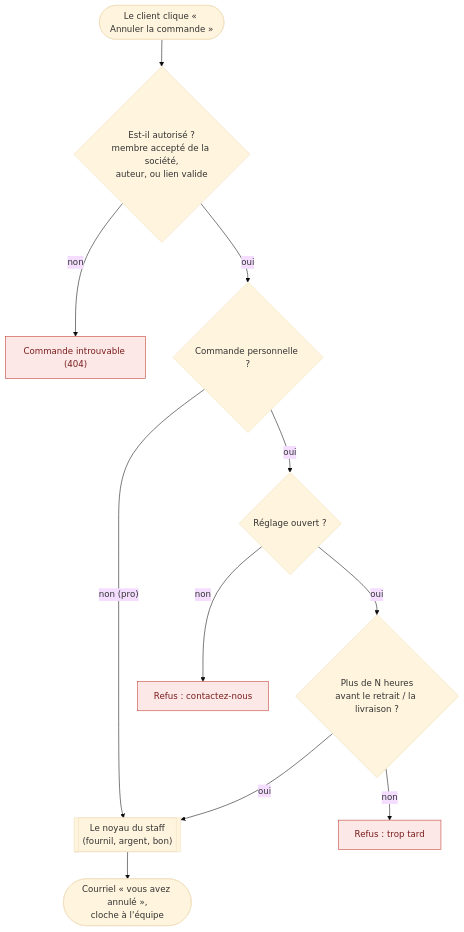
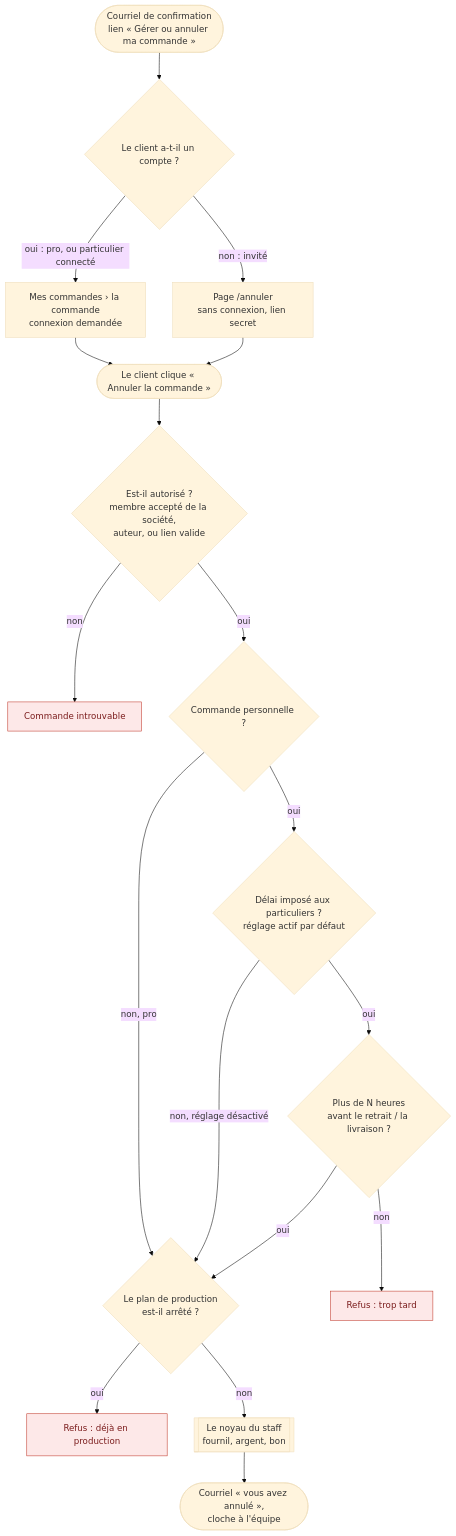
Before and after one commit to hugoheynard/lfd: the diagram in documentation/commandes/annulation/annulation-par-le-client.md, drawn with Mermaid (base theme). The commit also changed other lines of this file, not shown here.

Commit message:
docs(commande): le parcours d'annulation client montre la règle voulue
Hugo (2026-10-13) : délai des particuliers actif par défaut (le désactiver
est le geste), arrêt du plan de production comme limite pour tous, lien
« Gérer ou annuler » dans le courriel de chaque client. Bandeau : décidé,
pas encore bâti.

````diff
--- a/documentation/commandes/annulation/annulation-par-le-client.md
+++ b/documentation/commandes/annulation/annulation-par-le-client.md
@@ -36,15 +43,22 @@
 ```mermaid
 flowchart TD
-    A([Le client clique « Annuler la commande »]) --> W{Est-il autorisé ?<br/>membre accepté de la société,<br/>auteur, ou lien valide}
-    W -- non --> R0["Commande introuvable (404)"]:::refus
-    W -- oui --> K{Commande personnelle ?}
-    K -- oui --> S{Réglage ouvert ?}
-    K -- "non (pro)" --> N
-    S -- oui --> T{Plus de N heures<br/>avant le retrait / la livraison ?}
-    S -- non --> R1["Refus : contactez-nous"]:::refus
+    MAIL(["Courriel de confirmation<br/>lien « Gérer ou annuler ma commande »"]) --> Q{"Le client a-t-il un compte ?"}
+    Q -- "oui : pro, ou particulier connecté" --> L["Mes commandes › la commande<br/>connexion demandée"]
+    Q -- "non : invité" --> G["Page /annuler<br/>sans connexion, lien secret"]
+    L --> A(["Le client clique « Annuler la commande »"])
+    G --> A
+    A --> W{"Est-il autorisé ?<br/>membre accepté de la société,<br/>auteur, ou lien valide"}
+    W -- non --> R0["Commande introuvable"]:::refus
+    W -- oui --> K{"Commande personnelle ?"}
+    K -- oui --> S{"Délai imposé aux particuliers ?<br/>réglage actif par défaut"}
+    K -- "non, pro" --> P
+    S -- oui --> T{"Plus de N heures<br/>avant le retrait / la livraison ?"}
+    S -- "non, réglage désactivé" --> P
     T -- non --> R2["Refus : trop tard"]:::refus
-    T -- oui --> N[["Le noyau du staff<br/>(fournil, argent, bon)"]]
-    N --> M([Courriel « vous avez annulé »,<br/>cloche à l'équipe])
+    T -- oui --> P{"Le plan de production<br/>est-il arrêté ?"}
+    P -- oui --> R3["Refus : déjà en production"]:::refus
+    P -- non --> N[["Le noyau du staff<br/>fournil, argent, bon"]]
+    N --> M(["Courriel « vous avez annulé »,<br/>cloche à l'équipe"])
 
     classDef refus fill:#fde8e8,stroke:#c0392b,color:#7b1d1d
 ```
````
